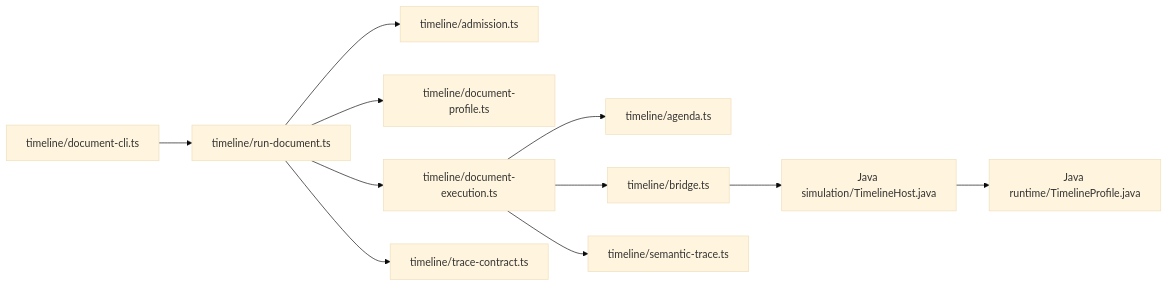
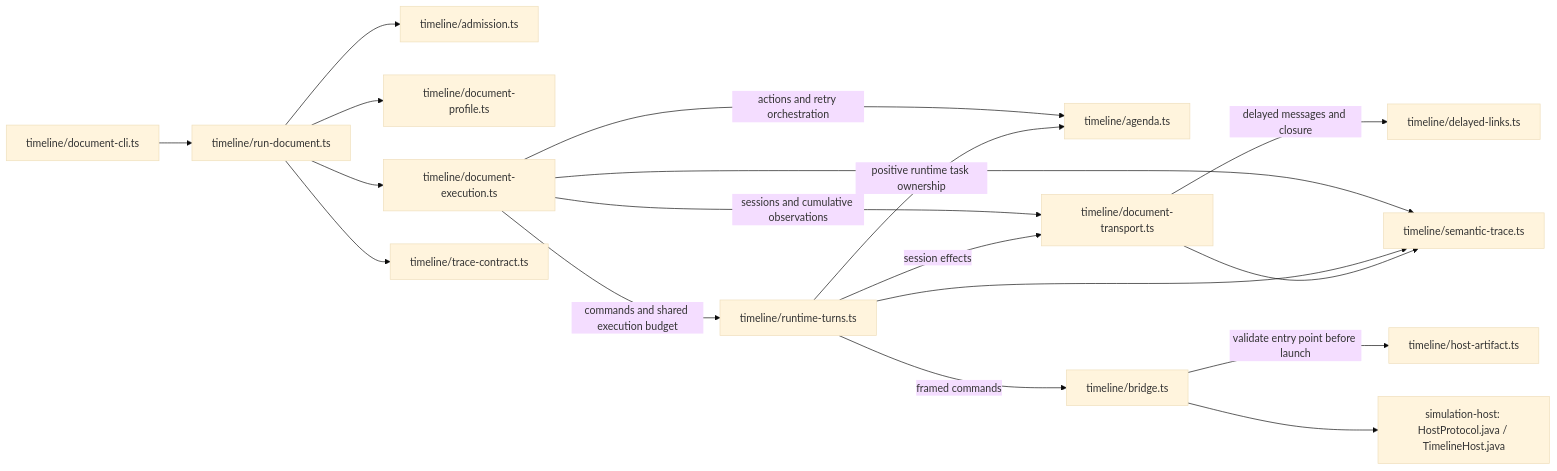
Before and after one commit to sproates/zooglass: diagram 14 of 22 in workbench/docs/source-map.md, drawn with Mermaid (base theme). The commit also changed other lines of this file and 59 other files, not shown here.

Commit message:
Isolate the simulation host and clarify timeline execution ownership

````diff
--- a/workbench/docs/source-map.md
+++ b/workbench/docs/source-map.md
@@ -488,13 +509,20 @@
 ```mermaid
 flowchart LR
   cli["timeline/document-cli.ts"] --> run["timeline/run-document.ts"]
   run --> admission["timeline/admission.ts"]
   run --> profile["timeline/document-profile.ts"]
   run --> execution["timeline/document-execution.ts"]
-  execution --> agenda["timeline/agenda.ts"]
-  execution --> bridge["timeline/bridge.ts"]
+  execution -->|actions and retry orchestration| agenda["timeline/agenda.ts"]
+  execution -->|commands and shared execution budget| turns["timeline/runtime-turns.ts"]
+  execution -->|sessions and cumulative observations| transport["timeline/document-transport.ts"]
+  turns -->|session effects| transport
+  turns -->|positive runtime task ownership| agenda
+  turns -->|framed commands| bridge["timeline/bridge.ts"]
+  transport -->|delayed messages and closure| links["timeline/delayed-links.ts"]
   execution --> trace["timeline/semantic-trace.ts"]
+  turns --> trace
+  transport --> trace
   run --> validation["timeline/trace-contract.ts"]
-  bridge --> host["Java simulation/TimelineHost.java"]
-  host --> qualification["Java runtime/TimelineProfile.java"]
+  bridge -->|validate entry point before launch| artifact["timeline/host-artifact.ts"]
+  bridge --> host["simulation-host: HostProtocol.java / TimelineHost.java"]
 ```
````
